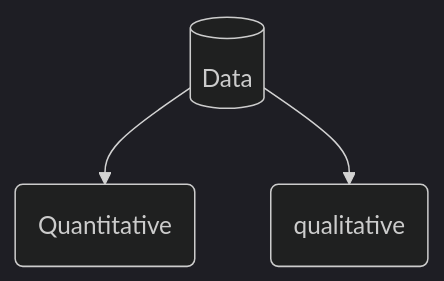
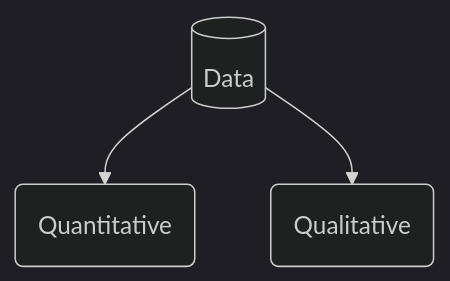
The diagram in README.md (arulhuw/ds), drawn with Mermaid (dark theme) before and after one commit. The commit also changed other lines of this file, not shown here.

Commit message:
added data types

````diff
--- a/README.md
+++ b/README.md
@@ -46,5 +46,5 @@
 ```mermaid
 flowchart 
 id1[(Data)] --> B(Quantitative <br/>)
-id1[(Data)] --> C(qualitative)
+id1[(Data)] --> C(Qualitative)
 ```
````
